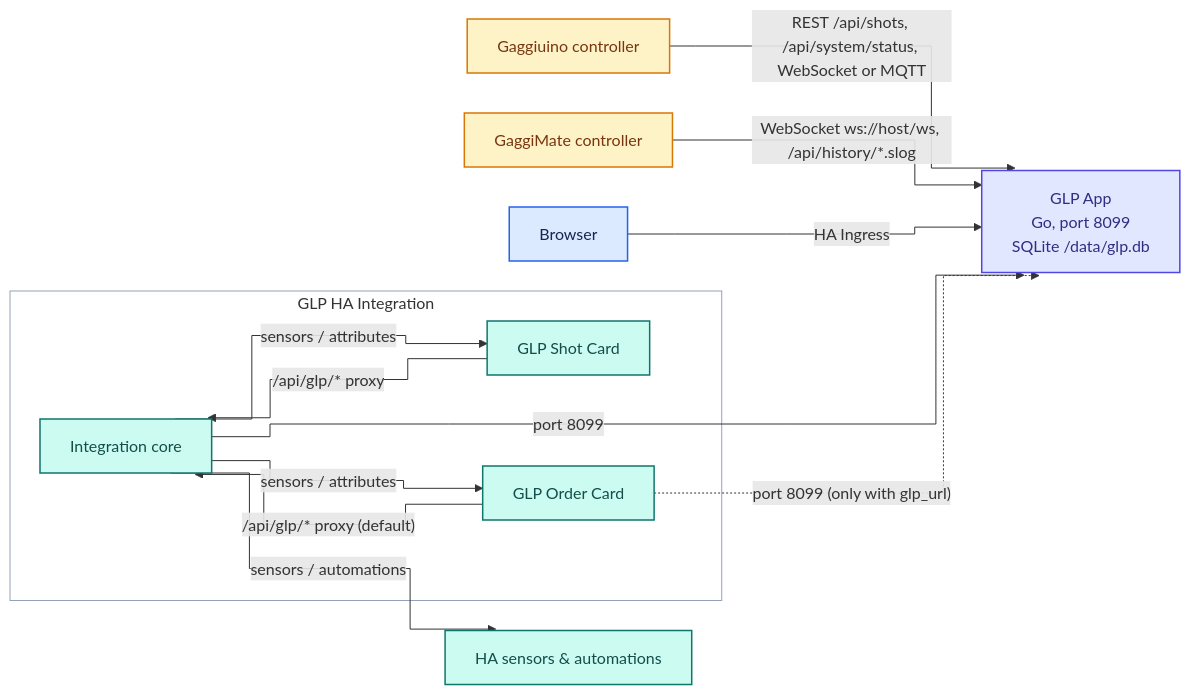
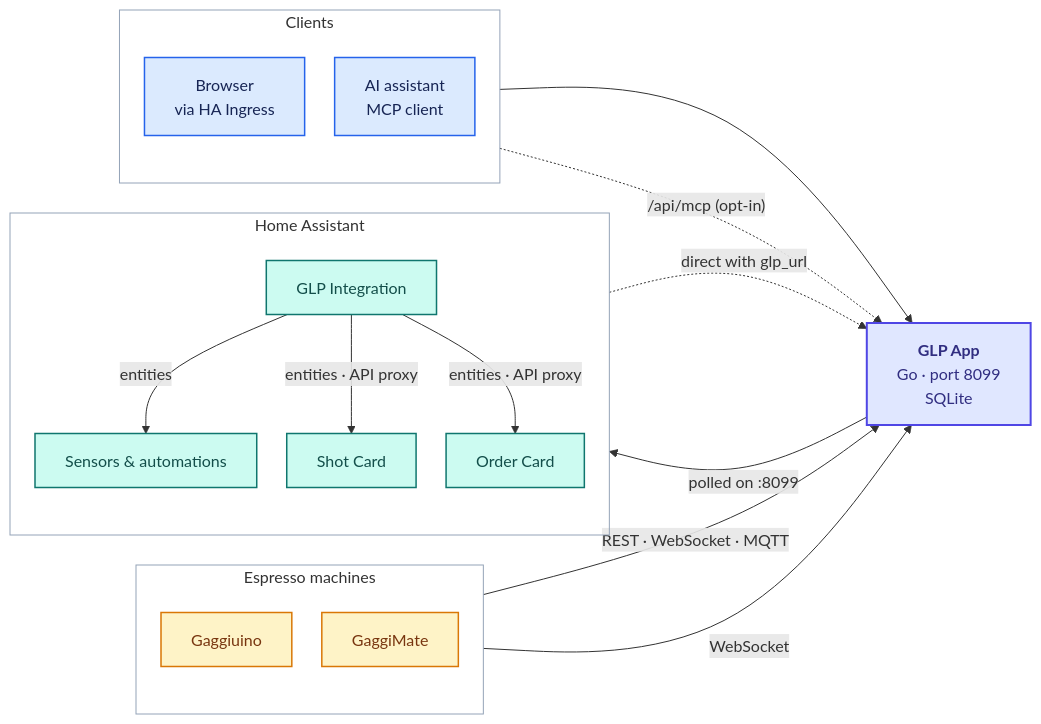
The first of 2 diagrams in README.md (mxkissnr/gaggiuino-local-profiler), drawn with Mermaid before and after one commit. The commit also changed other lines of this file and 2 other files, not shown here.

First line of the commit message:
docs(readme): tidy architecture diagrams, add MCP endpoint

````diff
--- a/README.md
+++ b/README.md
@@ -235,37 +235,47 @@
 ```mermaid
-%%{init: {"flowchart": {"curve": "step", "nodeSpacing": 40, "rankSpacing": 60}}}%%
+%%{init: {"flowchart": {"curve": "basis", "nodeSpacing": 30, "rankSpacing": 70}}}%%
 flowchart LR
-  GGU["Gaggiuino controller"]
-  GM["GaggiMate controller"]
-  APP["GLP App<br/>Go, port 8099<br/>SQLite /data/glp.db"]
-  BR["Browser"]
-  HA["HA sensors & automations"]
-  subgraph INTG["GLP HA Integration"]
-    INT["Integration core"]
-    SC["GLP Shot Card"]
-    OC["GLP Order Card"]
+  subgraph MACHINES["Espresso machines"]
+    direction TB
+    GGU["Gaggiuino"]
+    GM["GaggiMate"]
   end
-  GGU -->|"REST /api/shots, /api/system/status, WebSocket or MQTT"| APP
-  GM -->|"WebSocket ws://host/ws, /api/history/*.slog"| APP
-  BR -->|"HA Ingress"| APP
-  INT -->|"port 8099"| APP
-  INT -->|"sensors / attributes"| SC
-  INT -->|"sensors / attributes"| OC
-  SC -->|"/api/glp/* proxy"| INT
-  OC -->|"/api/glp/* proxy (default)"| INT
-  OC -.->|"port 8099 (only with glp_url)"| APP
-  INT -->|"sensors / automations"| HA
 
-  classDef toneBlue fill:#dbeafe,stroke:#2563eb,stroke-width:1.5px,color:#172554
-  classDef toneIndigo fill:#e0e7ff,stroke:#4f46e5,stroke-width:1.5px,color:#312e81
-  classDef toneAmber fill:#fef3c7,stroke:#d97706,stroke-width:1.5px,color:#78350f
-  classDef toneMint fill:#dcfce7,stroke:#16a34a,stroke-width:1.5px,color:#14532d
-  classDef toneRose fill:#ffe4e6,stroke:#e11d48,stroke-width:1.5px,color:#881337
-  classDef toneTeal fill:#ccfbf1,stroke:#0f766e,stroke-width:1.5px,color:#134e4a
-  classDef toneNeutral fill:#f8fafc,stroke:#334155,stroke-width:1.5px,color:#0f172a
-  class APP toneIndigo
-  class GGU,GM toneAmber
-  class INT,SC,OC,HA toneTeal
-  class BR toneBlue
-  style INTG fill:#f8fafc10,stroke:#94a3b8
+  subgraph CLIENTS["Clients"]
+    direction TB
+    BR["Browser<br/>via HA Ingress"]
+    AI["AI assistant<br/>MCP client"]
+  end
+
+  APP["<b>GLP App</b><br/>Go · port 8099<br/>SQLite"]
+
+  subgraph HA["Home Assistant"]
+    direction TB
+    INT["GLP Integration"]
+    SC["Shot Card"]
+    OC["Order Card"]
+    AUTO["Sensors &amp; automations"]
+  end
+
+  GGU -->|"REST · WebSocket · MQTT"| APP
+  GM -->|"WebSocket"| APP
+  BR --> APP
+  AI -.->|"/api/mcp (opt-in)"| APP
+  APP -->|"polled on :8099"| INT
+  INT -->|"entities"| AUTO
+  INT -->|"entities · API proxy"| SC
+  INT -->|"entities · API proxy"| OC
+  OC -.->|"direct with glp_url"| APP
+
+  classDef machine fill:#fef3c7,stroke:#d97706,stroke-width:1.5px,color:#78350f
+  classDef client fill:#dbeafe,stroke:#2563eb,stroke-width:1.5px,color:#172554
+  classDef app fill:#e0e7ff,stroke:#4f46e5,stroke-width:2px,color:#312e81
+  classDef ha fill:#ccfbf1,stroke:#0f766e,stroke-width:1.5px,color:#134e4a
+  class GGU,GM machine
+  class BR,AI client
+  class APP app
+  class INT,SC,OC,AUTO ha
+  style MACHINES fill:#f8fafc10,stroke:#94a3b8
+  style CLIENTS fill:#f8fafc10,stroke:#94a3b8
+  style HA fill:#f8fafc10,stroke:#94a3b8
 ```
````
